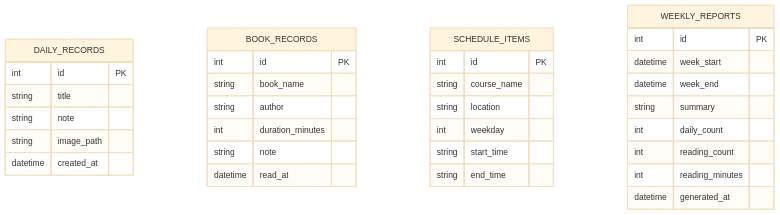
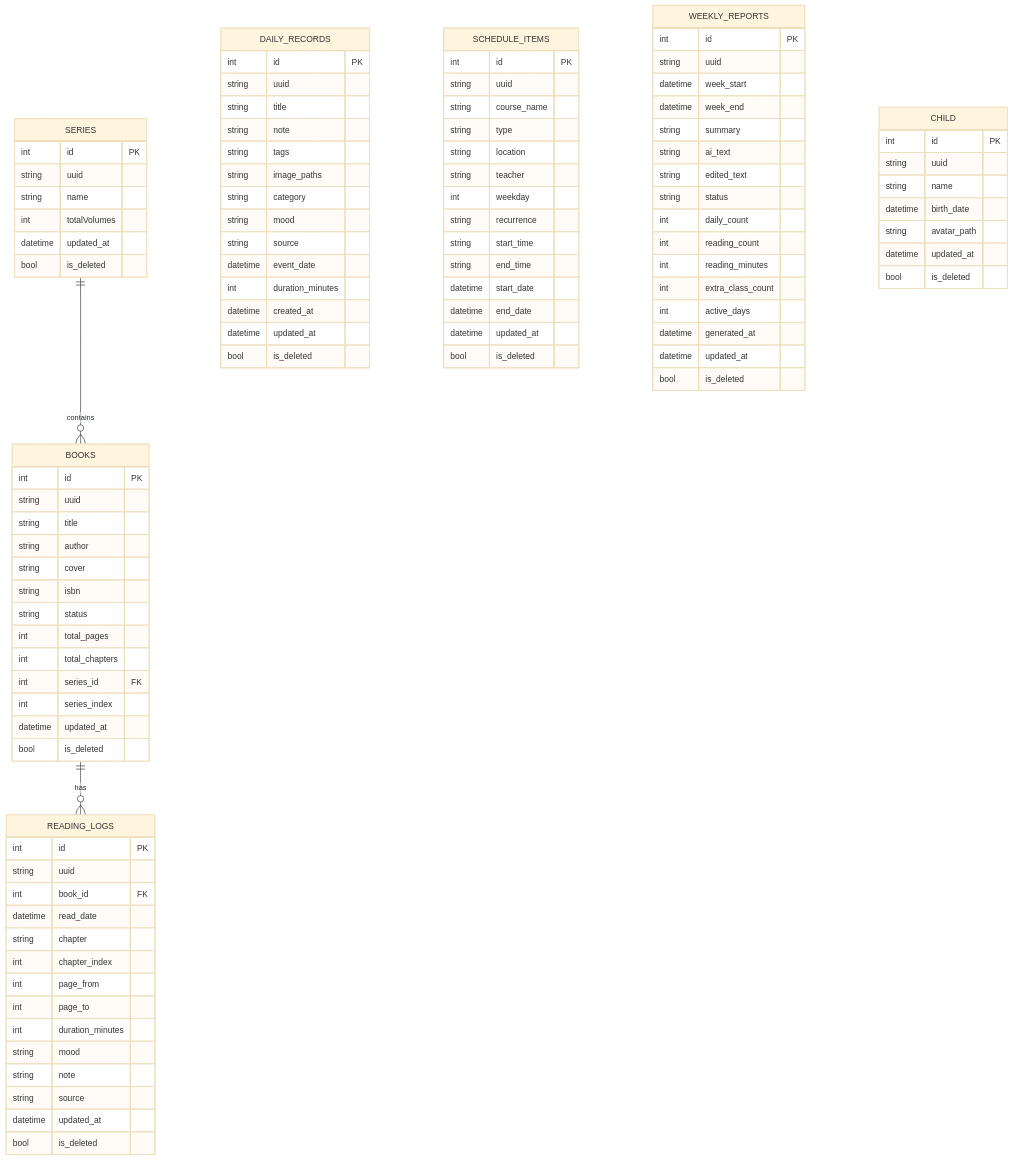
The second of 7 diagrams in docs/技术方案.md (liwshuo/sprout), drawn with Mermaid (base theme) before and after one commit. The commit also changed other lines of this file and 45 other files, not shown here.

````diff
--- a/docs/技术方案.md
+++ b/docs/技术方案.md
@@ -181,36 +418,103 @@
 ```mermaid
 erDiagram
+    SERIES ||--o{ BOOKS : contains
+    BOOKS ||--o{ READING_LOGS : has
+    SERIES {
+        int id PK
+        string uuid
+        string name
+        int totalVolumes
+        datetime updated_at
+        bool is_deleted
+    }
+    BOOKS {
+        int id PK
+        string uuid
+        string title
+        string author
+        string cover
+        string isbn
+        string status
+        int total_pages
+        int total_chapters
+        int series_id FK
+        int series_index
+        datetime updated_at
+        bool is_deleted
+    }
+    READING_LOGS {
+        int id PK
+        string uuid
+        int book_id FK
+        datetime read_date
+        string chapter
+        int chapter_index
+        int page_from
+        int page_to
+        int duration_minutes
+        string mood
+        string note
+        string source
+        datetime updated_at
+        bool is_deleted
+    }
     DAILY_RECORDS {
         int id PK
+        string uuid
         string title
         string note
-        string image_path
+        string tags
+        string image_paths
+        string category
+        string mood
+        string source
+        datetime event_date
+        int duration_minutes
         datetime created_at
-    }
-    BOOK_RECORDS {
-        int id PK
-        string book_name
-        string author
-        int duration_minutes
-        string note
-        datetime read_at
+        datetime updated_at
+        bool is_deleted
     }
     SCHEDULE_ITEMS {
         int id PK
+        string uuid
         string course_name
+        string type
         string location
+        string teacher
         int weekday
+        string recurrence
         string start_time
         string end_time
+        datetime start_date
+        datetime end_date
+        datetime updated_at
+        bool is_deleted
     }
     WEEKLY_REPORTS {
         int id PK
+        string uuid
         datetime week_start
         datetime week_end
         string summary
+        string ai_text
+        string edited_text
+        string status
         int daily_count
         int reading_count
         int reading_minutes
+        int extra_class_count
+        int active_days
         datetime generated_at
+        datetime updated_at
+        bool is_deleted
+    }
+    CHILD {
+        int id PK
+        string uuid
+        string name
+        datetime birth_date
+        string avatar_path
+        datetime updated_at
+        bool is_deleted
     }
 ```
````
